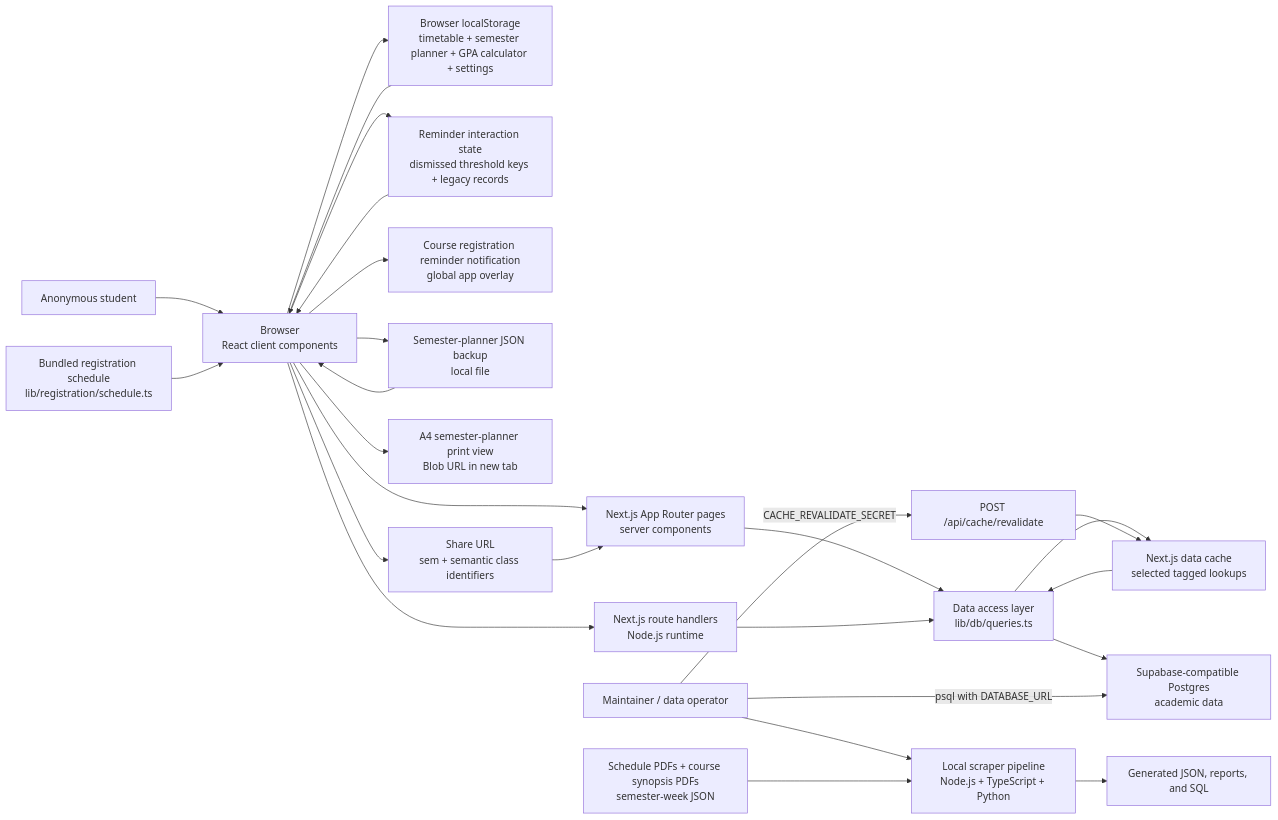
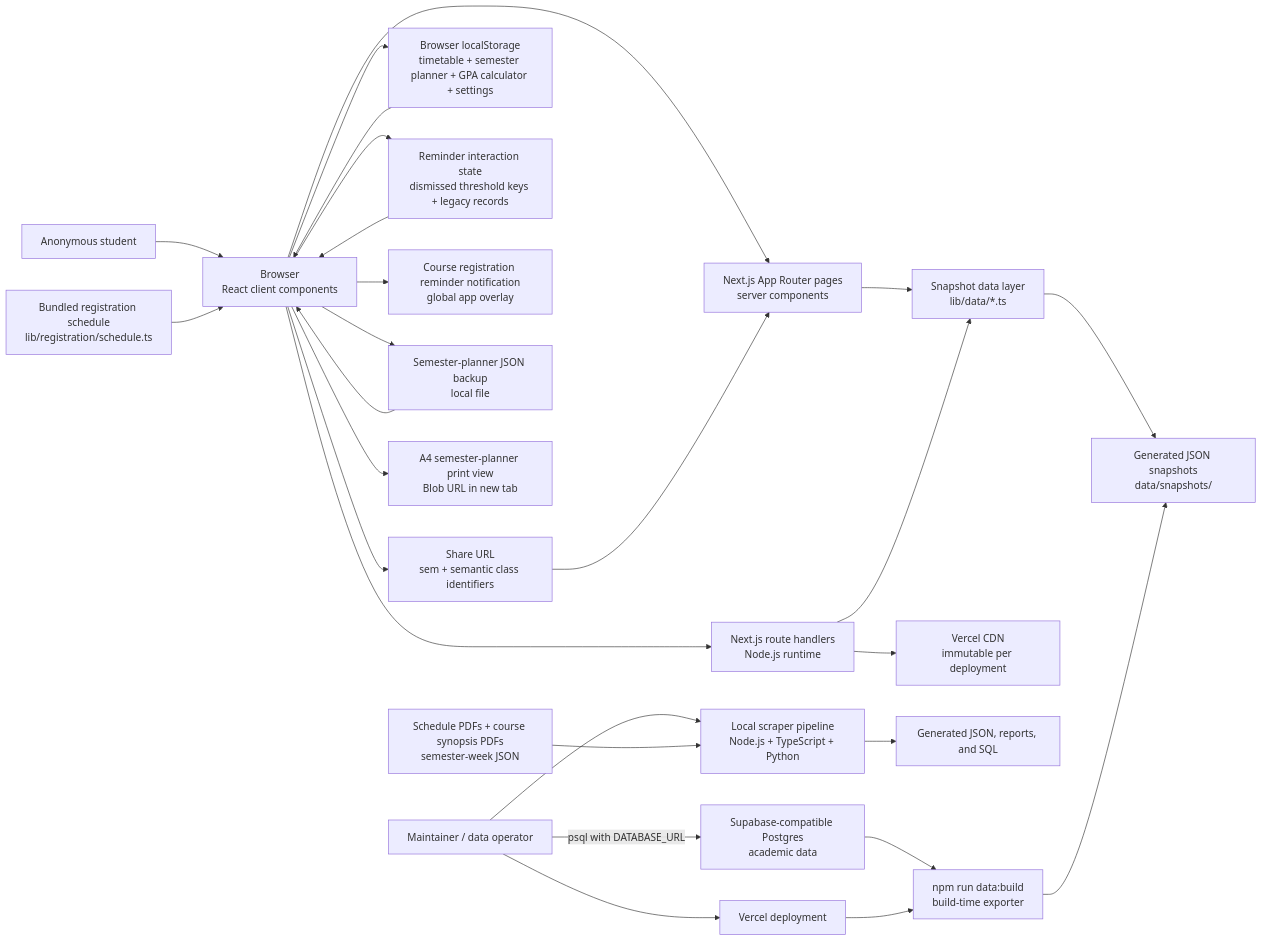
The first of 18 diagrams in docs/DeveloperGuide.md (lester-td/SUSSplanner), drawn with Mermaid before and after one commit. The commit also changed other lines of this file and 4 other files, not shown here.

First line of the commit message:
Document build-time snapshot operations

````diff
--- a/docs/DeveloperGuide.md
+++ b/docs/DeveloperGuide.md
@@ -47,49 +49,52 @@
 ```mermaid
 flowchart LR
     User["Anonymous student"]
     Maintainer["Maintainer / data operator"]
     Browser["Browser<br/>React client components"]
     LocalStorage["Browser localStorage<br/>timetable + semester planner + GPA calculator + settings"]
     ReminderState["Reminder interaction state<br/>dismissed threshold keys + legacy records"]
     RegistrationSchedule["Bundled registration schedule<br/>lib/registration/schedule.ts"]
     ReminderNotification["Course registration reminder notification<br/>global app overlay"]
     SemesterPlannerBackup["Semester-planner JSON backup<br/>local file"]
     SemesterPlannerPrint["A4 semester-planner print view<br/>Blob URL in new tab"]
     ShareURL["Share URL<br/>sem + semantic class identifiers"]
     NextPages["Next.js App Router pages<br/>server components"]
     API["Next.js route handlers<br/>Node.js runtime"]
-    DAL["Data access layer<br/>lib/db/queries.ts"]
-    Cache["Next.js data cache<br/>selected tagged lookups"]
+    DAL["Snapshot data layer<br/>lib/data/*.ts"]
+    Snapshot["Generated JSON snapshots<br/>data/snapshots/"]
+    CDN["Vercel CDN<br/>immutable per deployment"]
     DB["Supabase-compatible Postgres<br/>academic data"]
     Sources["Schedule PDFs + course synopsis PDFs<br/>semester-week JSON"]
     Scraper["Local scraper pipeline<br/>Node.js + TypeScript + Python"]
     SQL["Generated JSON, reports, and SQL"]
-    Revalidate["POST /api/cache/revalidate"]
+    Generator["npm run data:build<br/>build-time exporter"]
+    Deploy["Vercel deployment"]
 
     User --> Browser
     Browser --> LocalStorage
     LocalStorage --> Browser
     Browser --> ReminderState
     ReminderState --> Browser
     RegistrationSchedule --> Browser
     Browser --> ReminderNotification
     Browser --> SemesterPlannerBackup
     SemesterPlannerBackup --> Browser
     Browser --> SemesterPlannerPrint
     Browser --> NextPages
     Browser --> ShareURL
     ShareURL --> NextPages
     Browser --> API
     NextPages --> DAL
     API --> DAL
-    DAL --> Cache
-    Cache --> DAL
-    DAL --> DB
+    DAL --> Snapshot
+    API --> CDN
 
     Maintainer --> Scraper
     Sources --> Scraper
     Scraper --> SQL
     Maintainer -->|"psql with DATABASE_URL"| DB
-    Maintainer -->|"CACHE_REVALIDATE_SECRET"| Revalidate
-    Revalidate --> Cache
+    DB --> Generator
+    Generator --> Snapshot
+    Maintainer --> Deploy
+    Deploy --> Generator
 ```
````
